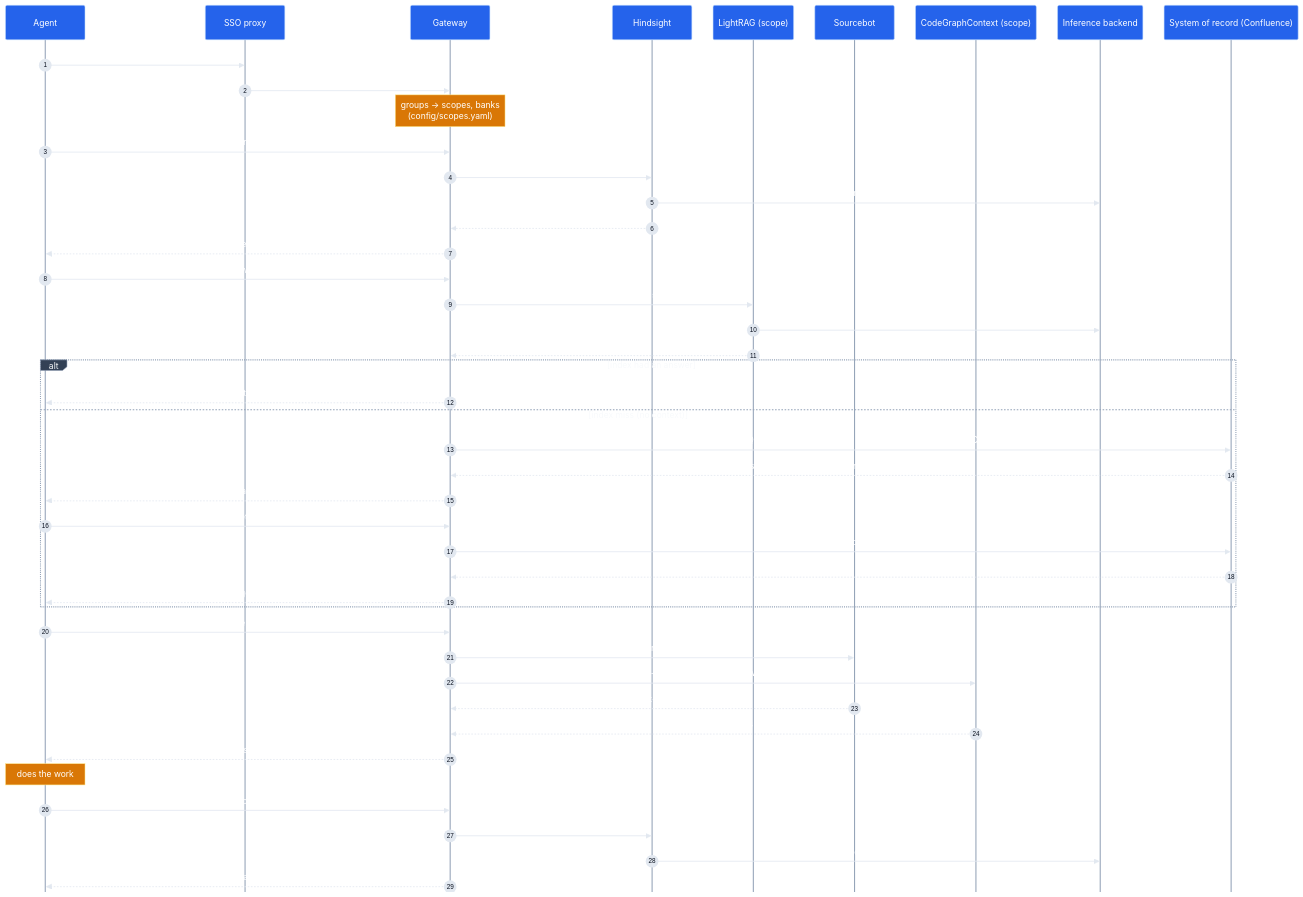
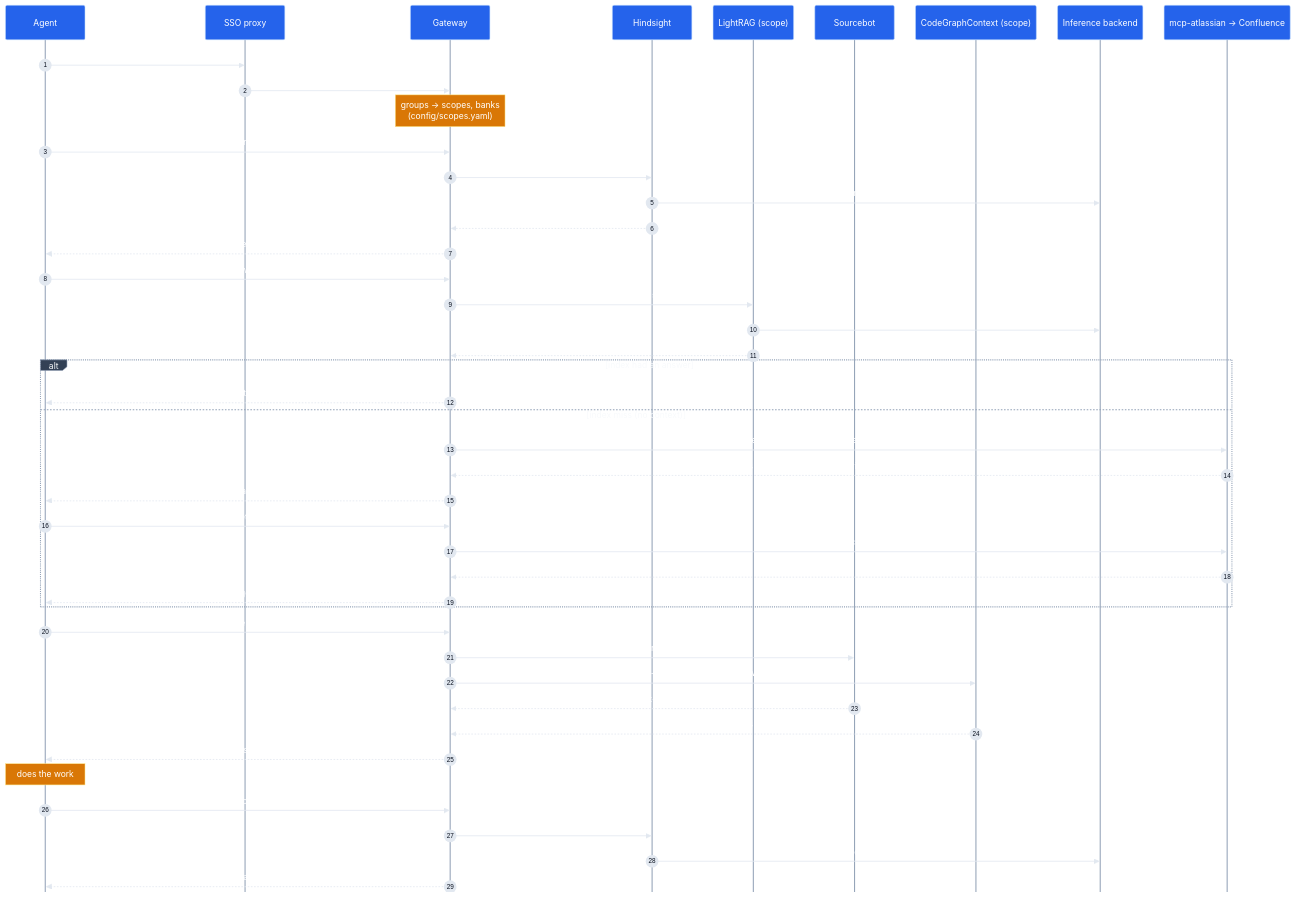
The second of 2 diagrams in docs/ARCHITECTURE.md (cchulo/cerebro), drawn with Mermaid before and after one commit. The commit also changed other lines of this file and 18 other files, not shown here.

First line of the commit message:
gen: mcp-<plugin> upstreams from plugin declarations (compose + k8s); mock search API; PLUGINS.md

````diff
--- a/docs/ARCHITECTURE.md
+++ b/docs/ARCHITECTURE.md
@@ -143,71 +145,71 @@
 ```mermaid
 %%{init: {
   "theme": "base",
   "themeVariables": {
     "fontFamily": "system-ui, -apple-system, Segoe UI, Roboto, Helvetica, Arial, sans-serif",
     "fontSize": "13px",
     "background": "#0b1220",
     "textColor": "#e2e8f0",
     "actorBkg": "#2563eb", "actorBorder": "#bfdbfe", "actorTextColor": "#ffffff",
     "actorLineColor": "#94a3b8",
     "signalColor": "#e2e8f0", "signalTextColor": "#ffffff",
     "labelBoxBkgColor": "#334155", "labelBoxBorderColor": "#94a3b8", "labelTextColor": "#f8fafc",
     "loopTextColor": "#f8fafc",
     "noteBkgColor": "#d97706", "noteBorderColor": "#fde68a", "noteTextColor": "#ffffff",
     "activationBkgColor": "#1d4ed8", "activationBorderColor": "#93c5fd",
     "sequenceNumberColor": "#0b1220"
   },
   "sequence": { "mirrorActors": false, "actorMargin": 40, "messageMargin": 34, "boxMargin": 8 }
 }}%%
 sequenceDiagram
     autonumber
     participant A as Agent
     participant P as SSO proxy
     participant G as Gateway
     participant H as Hindsight
     participant L as LightRAG (scope)
     participant S as Sourcebot
     participant C as CodeGraphContext (scope)
     participant M as Inference backend
-    participant R as System of record (Confluence)
+    participant R as mcp-atlassian → Confluence
 
     A->>P: MCP over HTTPS (session cookie / token)
     P->>G: + X-Forwarded-User, X-Forwarded-Groups
     Note over G: groups → scopes, banks<br/>(config/scopes.yaml)
 
     A->>G: recall("prior work on checkout deploys")
     G->>H: POST /banks/user-alice/memories/recall
     H->>M: embed query
     H-->>G: memories
     G-->>A: what was tried, decisions, corrections
 
     A->>G: query_docs("how do we deploy checkout?")
     G->>L: POST /query — only the caller's scopes
     L->>M: retrieve + answer
     L-->>G: answer + references
     alt index had an answer
         G-->>A: answer with source ids
     else index miss (no context)
-        G->>R: live search, CQL confined to the caller's spaces (REST or upstream MCP)
+        G->>R: confluence_search, CQL confined to the caller's spaces
         R-->>G: hits (space re-checked, restricted pages dropped)
         G-->>A: fallback refs
         A->>G: live_fetch(ref)
         G->>R: read page, verify space + restriction
         R-->>G: text
         G-->>A: page text
     end
 
     A->>G: search_code / code_graph
     G->>S: query + repo:^…$ filter for the caller's repos
     G->>C: read-only tool inside one allowed scope
     S-->>G: matches (post-filtered again)
     C-->>G: callers, blast radius
     G-->>A: results
 
     Note over A: does the work
 
     A->>G: retain("deployed 2.3.1, runbook rollback flag was wrong")
     G->>H: POST /banks/user-alice/memories (async)
     H->>M: extract facts, embed
     G-->>A: operation id
 ```
````
